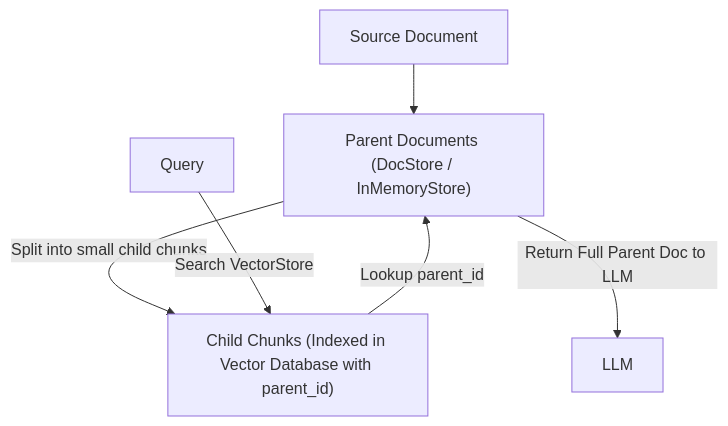
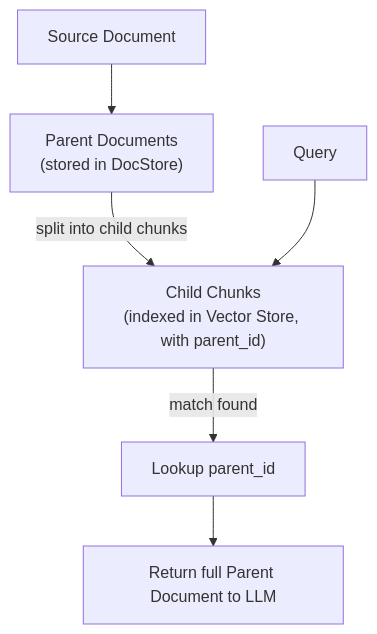
One commit to satyam0singh/Agentic-AI changed the ninth of 13 diagrams in RAG/Retrivers.md. Above: the diagram before and after it, drawn with Mermaid. The commit also changed other lines of this file, not shown here.

````diff
--- a/RAG/Retrivers.md
+++ b/RAG/Retrivers.md
@@ -209,8 +332,8 @@
 ```mermaid
 flowchart TD
-    SD[Source Document] --> PD["Parent Documents (DocStore / InMemoryStore)"]
-    PD -->|Split into small child chunks| CC["Child Chunks (Indexed in Vector Database with parent_id)"]
-    Q[Query] -->|Search VectorStore| CC
-    CC -->|Lookup parent_id| PD
-    PD -->|Return Full Parent Doc to LLM| LLM
+    S["Source Document"] --> P["Parent Documents<br/>(stored in DocStore)"]
+    P -->|"split into child chunks"| C["Child Chunks<br/>(indexed in Vector Store, with parent_id)"]
+    Q["Query"] --> C
+    C -->|"match found"| L["Lookup parent_id"]
+    L --> Ret["Return full Parent Document to LLM"]
 ```
````
